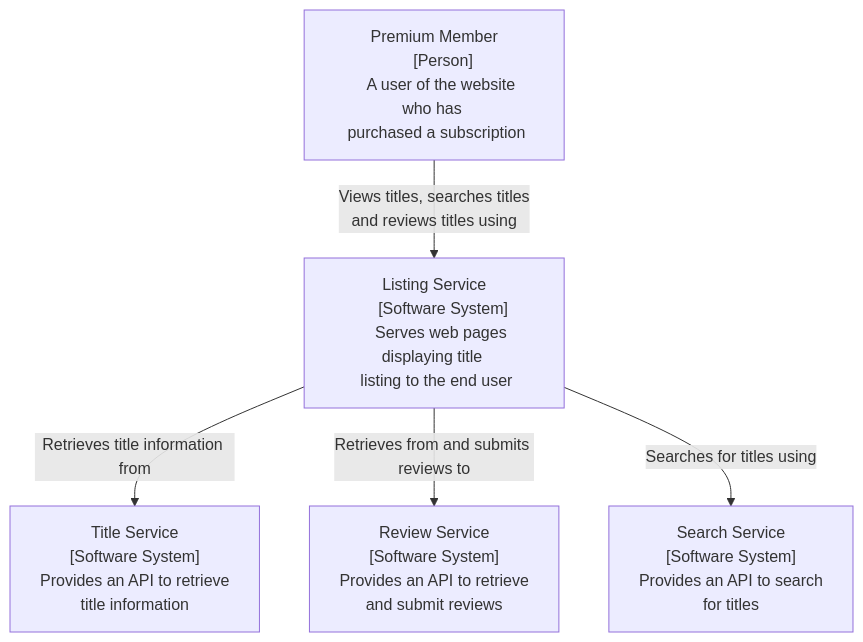
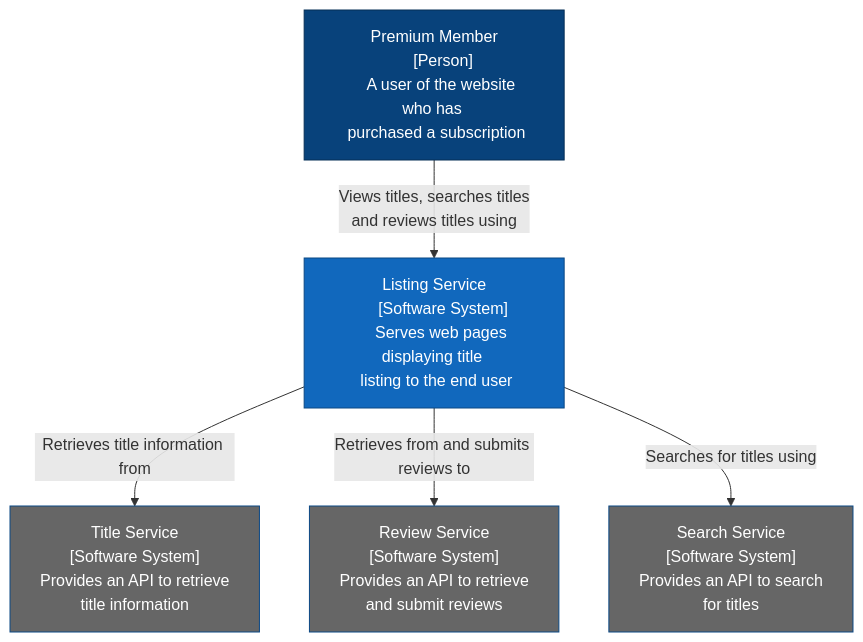
One commit to rawandrew/diagramming changed the fifth of 5 diagrams in mermaid_diagrams.md. Above: the diagram before and after it, drawn with Mermaid. The commit also changed other lines of this file, not shown here.

Commit message:
Add styling to the flowchart nodes.

````diff
--- a/mermaid_diagrams.md
+++ b/mermaid_diagrams.md
@@ -130,27 +131,34 @@
 ```mermaid
 flowchart TD
     User["Premium Member
     [Person]
     A user of the website who has \n purchased a subscription"]
     
     LS["Listing Service
     [Software System]
     Serves web pages displaying title \n listing to the end user"]
     
     TS["Title Service
     [Software System]
     Provides an API to retrieve \n title information"]
     
     RS["Review Service
     [Software System]
     Provides an API to retrieve \n and submit reviews"]
     
     SS["Search Service
     [Software System]
     Provides an API to search \n for titles"]
    
     User -- "Views titles, searches titles \n and reviews titles using" --> LS
     LS -- "Retrieves title information from" --> TS
     LS -- "Retrieves from and submits reviews to" --> RS
     LS -- "Searches for titles using" --> SS
+    
+    classDef focusSystem fill:#1168bd,stroke:#0b4884,color:#ffffff
+    classDef supportingSystem fill:#666,stroke:#0b4884,color:#ffffff
+    classDef person fill:#08427b,stroke:#052e56,color:#ffffff
+    class User person
+    class LS focusSystem
+    class TS,RS,SS supportingSystem
 ```
````
